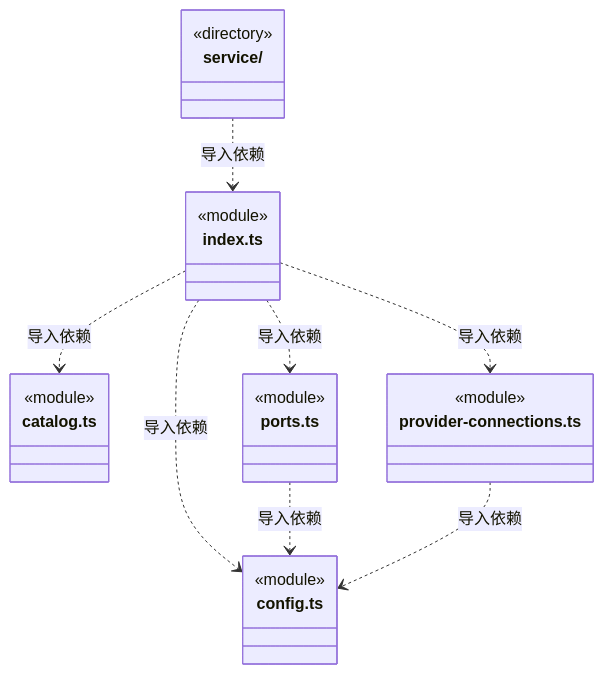
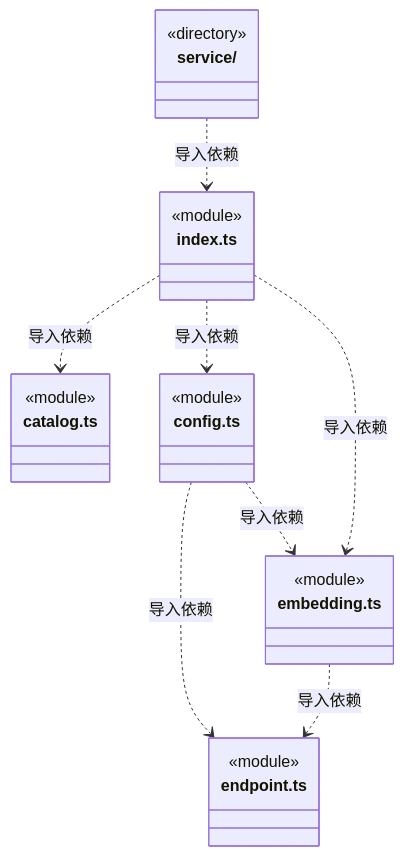
Before and after one commit to nan023062/cbim: the first of 5 diagrams in src/logic/models/ARCHITECTURE.md, drawn with Mermaid. The commit also changed other lines of this file and 15 other files, not shown here.

Commit message:
feat(models): add embedding capabilities and atomic model operation preparation

````diff
--- a/src/logic/models/ARCHITECTURE.md
+++ b/src/logic/models/ARCHITECTURE.md
@@ -22,28 +24,28 @@
 ```mermaid
 classDiagram
 class N_src_logic_models_service["service/"] {
   <<directory>>
 }
 class N_src_logic_models_catalog_ts["catalog.ts"] {
   <<module>>
 }
 class N_src_logic_models_config_ts["config.ts"] {
   <<module>>
 }
+class N_src_logic_models_embedding_ts["embedding.ts"] {
+  <<module>>
+}
+class N_src_logic_models_endpoint_ts["endpoint.ts"] {
+  <<module>>
+}
 class N_src_logic_models_index_ts["index.ts"] {
   <<module>>
 }
-class N_src_logic_models_ports_ts["ports.ts"] {
-  <<module>>
-}
-class N_src_logic_models_provider_connections_ts["provider-connections.ts"] {
-  <<module>>
-}
+N_src_logic_models_config_ts ..> N_src_logic_models_endpoint_ts : 导入依赖
+N_src_logic_models_config_ts ..> N_src_logic_models_embedding_ts : 导入依赖
+N_src_logic_models_embedding_ts ..> N_src_logic_models_endpoint_ts : 导入依赖
 N_src_logic_models_index_ts ..> N_src_logic_models_catalog_ts : 导入依赖
 N_src_logic_models_index_ts ..> N_src_logic_models_config_ts : 导入依赖
-N_src_logic_models_index_ts ..> N_src_logic_models_provider_connections_ts : 导入依赖
-N_src_logic_models_index_ts ..> N_src_logic_models_ports_ts : 导入依赖
-N_src_logic_models_ports_ts ..> N_src_logic_models_config_ts : 导入依赖
-N_src_logic_models_provider_connections_ts ..> N_src_logic_models_config_ts : 导入依赖
+N_src_logic_models_index_ts ..> N_src_logic_models_embedding_ts : 导入依赖
 N_src_logic_models_service ..> N_src_logic_models_index_ts : 导入依赖
 ```
````
